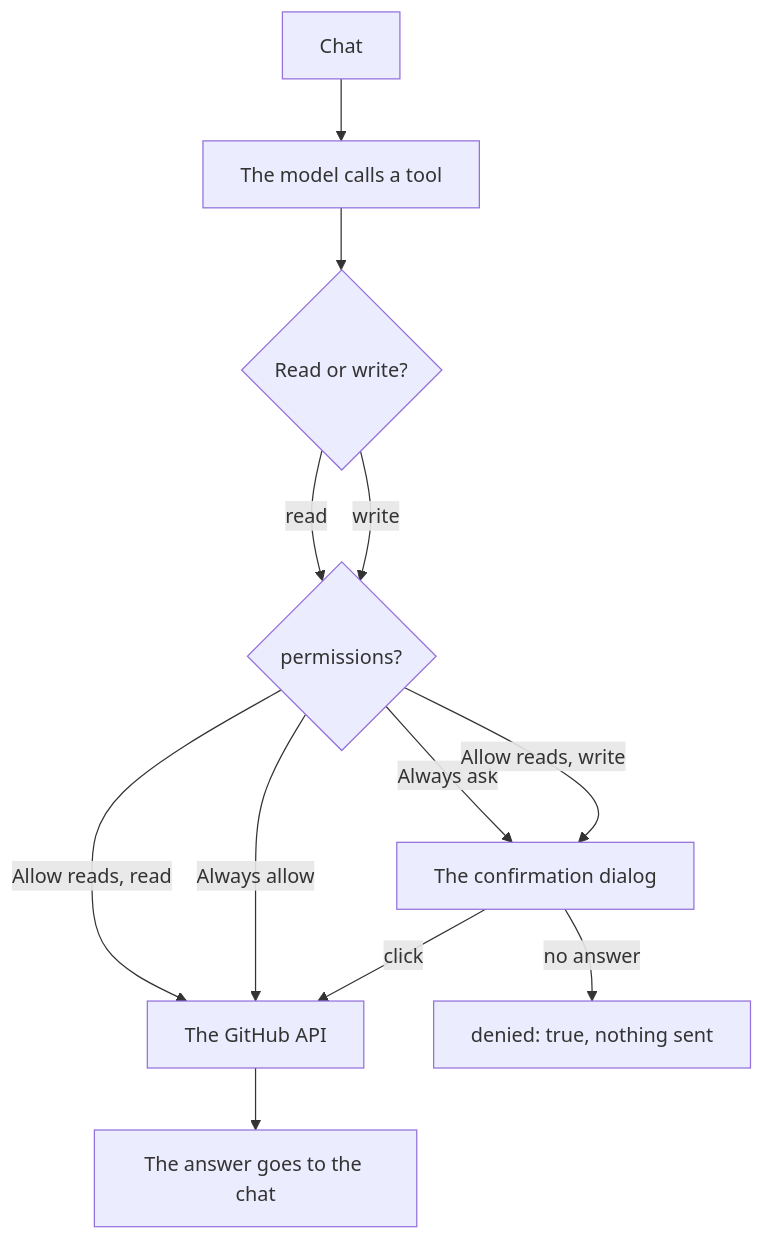
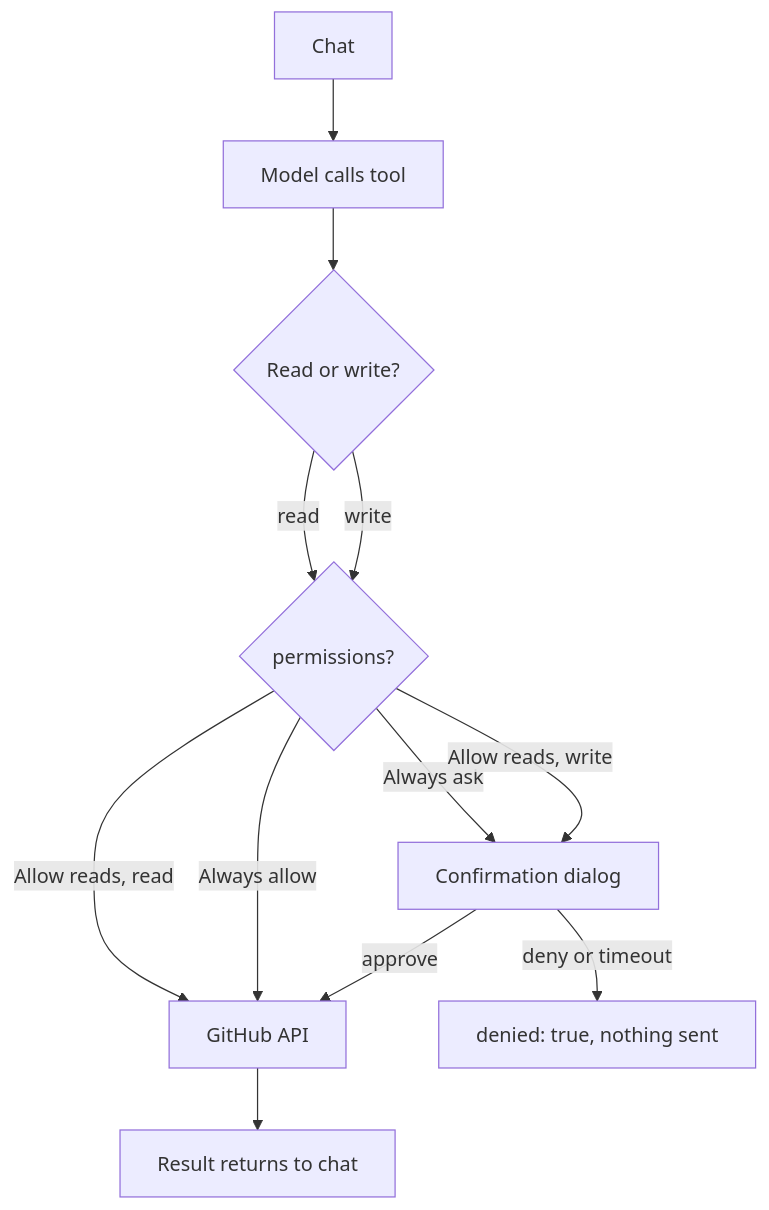
The diagram in docs/integrations/owui/github.md (nemoe7/daedalus), drawn with Mermaid before and after one commit. The commit also changed other lines of this file and 6 other files, not shown here.

````diff
--- a/docs/integrations/owui/github.md
+++ b/docs/integrations/owui/github.md
@@ -19,14 +11,14 @@
 ```mermaid
 flowchart TD
-  A[Chat] --> B[The model calls a tool]
+  A[Chat] --> B[Model calls tool]
   B --> C{Read or write?}
   C -- read --> D{permissions?}
   C -- write --> D
-  D -- Always ask --> E[The confirmation dialog]
-  D -- Allow reads, read --> F[The GitHub API]
+  D -- Always ask --> E[Confirmation dialog]
+  D -- Allow reads, read --> F[GitHub API]
   D -- Allow reads, write --> E
   D -- Always allow --> F
-  E -- click --> F
-  E -- no answer --> G[denied: true, nothing sent]
-  F --> H[The answer goes to the chat]
+  E -- approve --> F
+  E -- deny or timeout --> G[denied: true, nothing sent]
+  F --> H[Result returns to chat]
 ```
````
